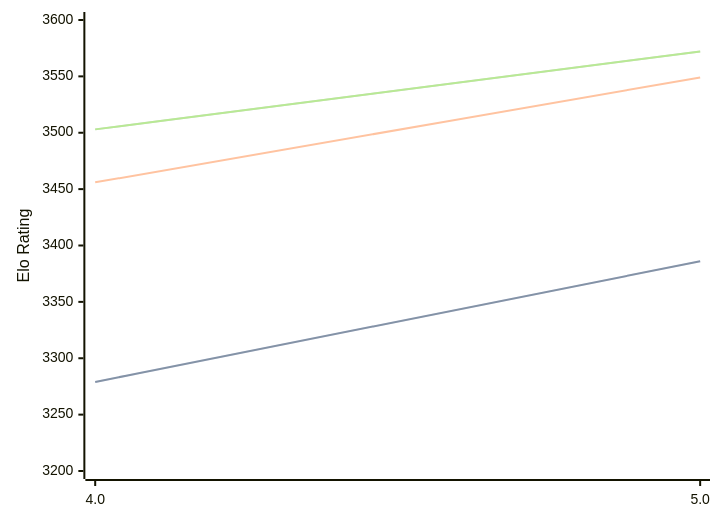
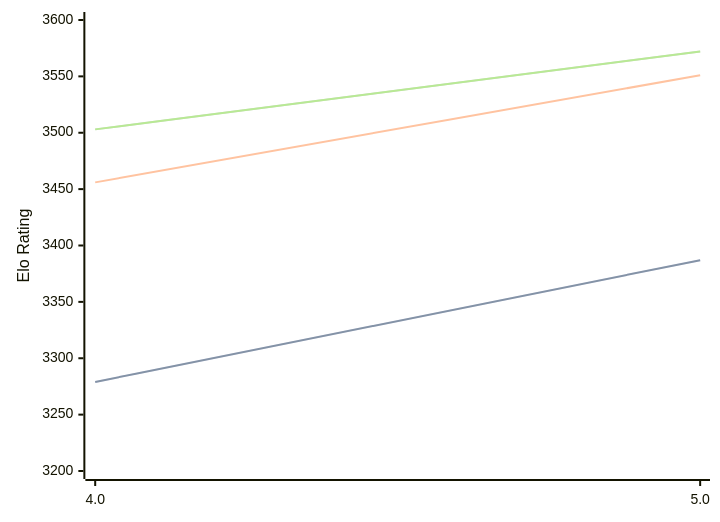
One commit to computer-chess-index/cci changed the diagram in engines/Tarnished.md. Above: the diagram before and after it, drawn with Mermaid. The commit also changed other lines of this file, not shown here.

Commit message:
Update CCI Ratings (ELO VLTC) - 2026-04-03

````diff
--- a/engines/Tarnished.md
+++ b/engines/Tarnished.md
@@ -36,11 +36,11 @@
 ```mermaid
 %%{init: {"theme":"base","themeVariables":{"seriesColors:['#a3a3a3','#222221','#faa371']}}}%%
 xychart-beta
   x-axis ["4.0", "5.0"]
   y-axis "Elo Rating" 3200 --> 3600
-  line "STC (8.0+0.08s)" [3279, 3386]
-  line "STC (8.0+0.08s)" [3279, 3386]
-  line "LTC (60.0+0.60s)" [3456, 3549]
+  line "STC (8.0+0.08s)" [3279, 3387]
+  line "STC (8.0+0.08s)" [3279, 3387]
+  line "LTC (60.0+0.60s)" [3456, 3551]
   line "VLTC (2m24s+1.12s)" [3503, 3572]
   line "VLTC (2m24s+1.12s)" [3503, 3572]
 ```
````
